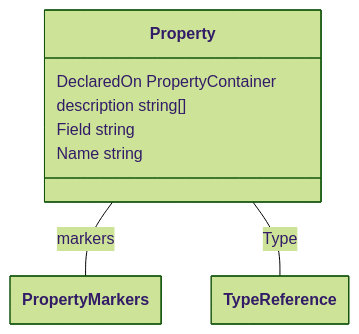
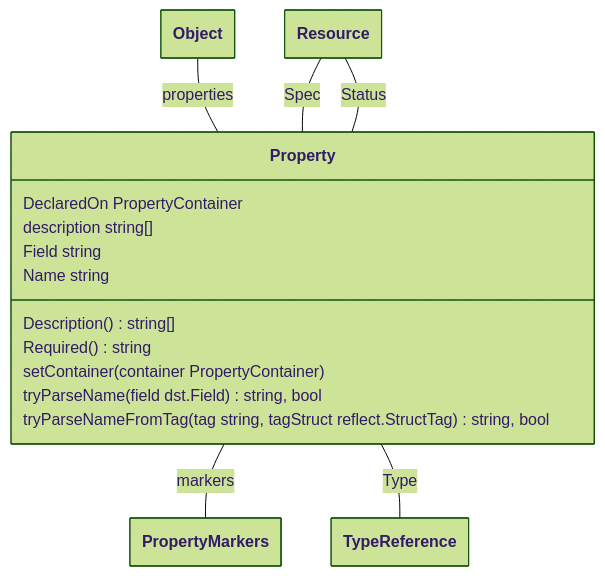
One commit to theunrepentantgeek/crddoc changed diagram 14 of 17 in docs/model/model.md. Above: the diagram before and after it, drawn with Mermaid (forest theme). The commit also changed other lines of this file and 8 other files, not shown here.

````diff
--- a/docs/model/model.md
+++ b/docs/model/model.md
@@ -537,25 +765,36 @@
 ```mermaid
 ---
   config:
     class:
       hideEmptyMembersBox: true
 ---
 classDiagram
 
 class Property["Property"]{  
       DeclaredOn PropertyContainer  
       description string[]  
       Field string  
-      Name string
+      Name string  
+      Description()string[]  
+      Required()string  
+      setContainer(container PropertyContainer)  
+      tryParseName(field dst.Field)string, bool  
+      tryParseNameFromTag(tag string, tagStruct reflect.StructTag)string, bool
 
 
 } 
 
+Object -- Property : properties 
+Resource -- Property : Spec 
+Resource -- Property : Status 
 
 Property -- PropertyMarkers : markers 
 Property -- TypeReference : Type 
 
+class Object["Object"]
+class Resource["Resource"]
+class Resource["Resource"]
 class PropertyMarkers["PropertyMarkers"]
 class TypeReference["TypeReference"]
 
 ```
````
